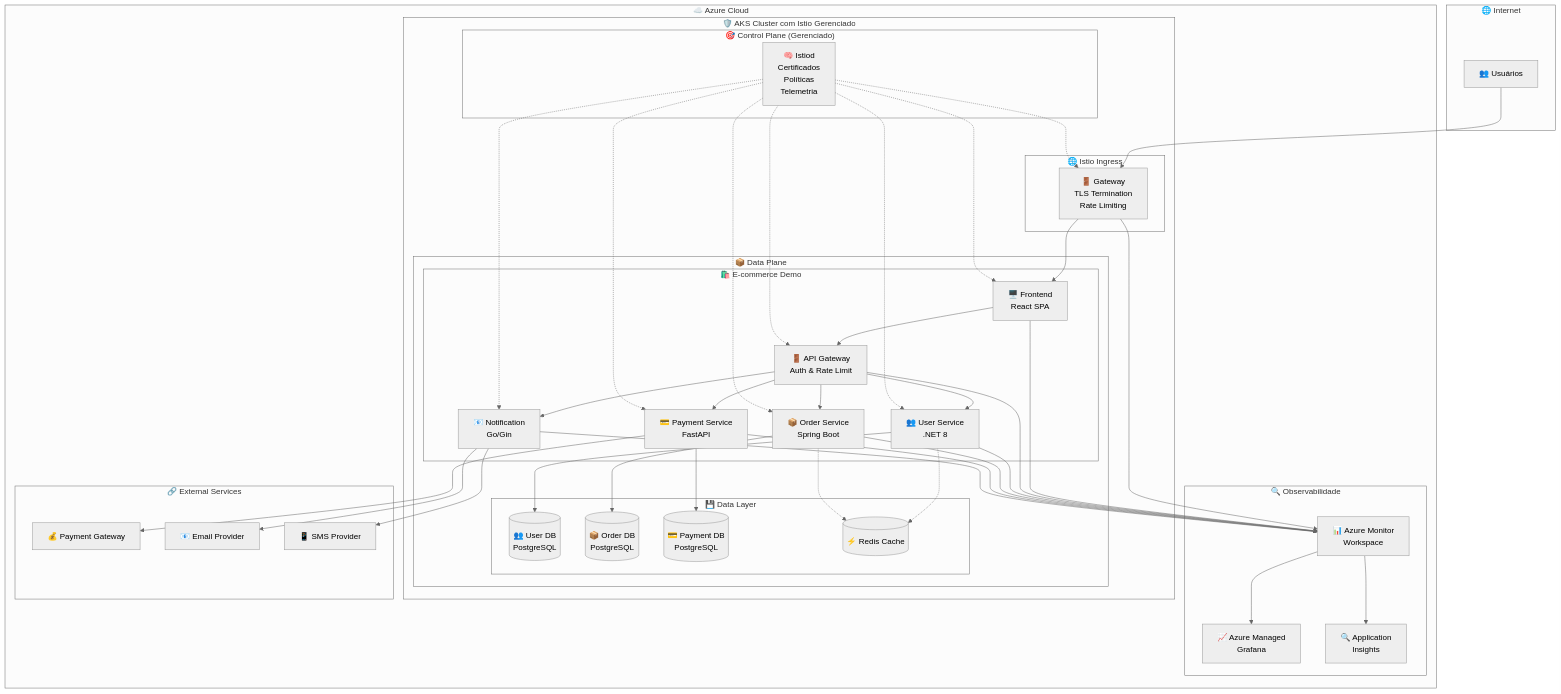
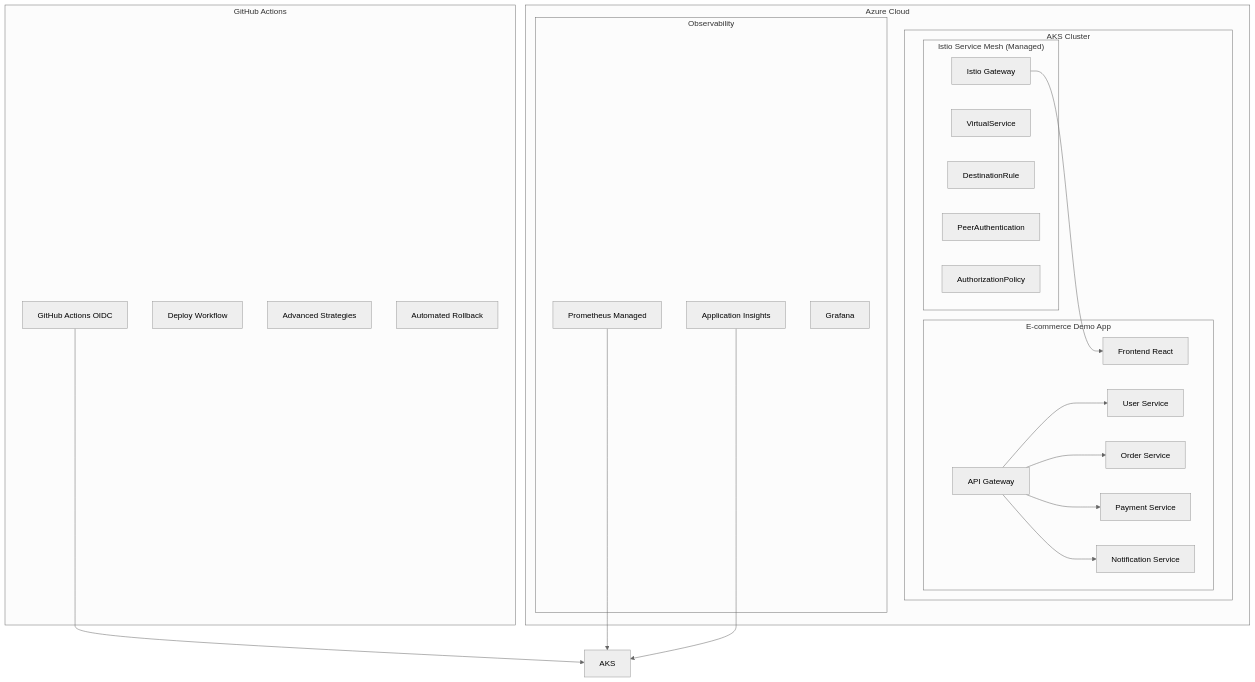
The diagram in README.md (ricardo2009/istio-aks-templates), drawn with Mermaid (neutral theme) before and after one commit. The commit also changed other lines of this file and 53 other files, not shown here.

First line of the commit message:
feat: Implementa laboratório Istio multi-cluster ultra-avançado com Azure Key Vault

````diff
--- a/README.md
+++ b/README.md
@@ -46,85 +25,45 @@
 ```mermaid
 graph TB
-    subgraph "🌐 Internet"
-        Users[👥 Usuários]
+    subgraph "GitHub Actions"
+        GHA[GitHub Actions OIDC]
+        WF1[Deploy Workflow]
+        WF2[Advanced Strategies]
+        WF3[Automated Rollback]
     end
     
-    subgraph "☁️ Azure Cloud"
-        subgraph "🔍 Observabilidade"
-            AMW[📊 Azure Monitor<br/>Workspace]
-            Grafana[📈 Azure Managed<br/>Grafana]
-            AppInsights[🔍 Application<br/>Insights]
-        end
-        
-        subgraph "🛡️ AKS Cluster com Istio Gerenciado"
-            subgraph "🌐 Istio Ingress"
-                Gateway[🚪 Gateway<br/>TLS Termination<br/>Rate Limiting]
+    subgraph "Azure Cloud"
+        subgraph "AKS Cluster"
+            subgraph "Istio Service Mesh (Managed)"
+                IG[Istio Gateway]
+                VS[VirtualService]
+                DR[DestinationRule]
+                PA[PeerAuthentication]
+                AP[AuthorizationPolicy]
             end
             
-            subgraph "🎯 Control Plane (Gerenciado)"
-                Istiod[🧠 Istiod<br/>Certificados<br/>Políticas<br/>Telemetria]
-            end
-            
-            subgraph "📦 Data Plane"
-                subgraph "🛍️ E-commerce Demo"
-                    Frontend[🖥️ Frontend<br/>React SPA]
-                    APIGateway[🚪 API Gateway<br/>Auth & Rate Limit]
-                    UserSvc[👥 User Service<br/>.NET 8]
-                    OrderSvc[📦 Order Service<br/>Spring Boot]
-                    PaymentSvc[💳 Payment Service<br/>FastAPI]
-                    NotificationSvc[📧 Notification<br/>Go/Gin]
-                end
-                
-                subgraph "💾 Data Layer"
-                    UserDB[(👥 User DB<br/>PostgreSQL)]
-                    OrderDB[(📦 Order DB<br/>PostgreSQL)]
-                    PaymentDB[(💳 Payment DB<br/>PostgreSQL)]
-                    Cache[(⚡ Redis Cache)]
-                end
+            subgraph "E-commerce Demo App"
+                FE[Frontend React]
+                AG[API Gateway]
+                US[User Service]
+                OS[Order Service]
+                PS[Payment Service]
+                NS[Notification Service]
             end
         end
         
-        subgraph "🔗 External Services"
-            PaymentGW[💰 Payment Gateway]
-            EmailSvc[📧 Email Provider]
-            SMSSvc[📱 SMS Provider]
+        subgraph "Observability"
+            PROM[Prometheus Managed]
+            AI[Application Insights]
+            GRAF[Grafana]
         end
     end
     
-    Users --> Gateway
-    Gateway --> Frontend
-    Frontend --> APIGateway
-    APIGateway --> UserSvc
-    APIGateway --> OrderSvc
-    APIGateway --> PaymentSvc
-    APIGateway --> NotificationSvc
-    
-    UserSvc --> UserDB
-    OrderSvc --> OrderDB
-    PaymentSvc --> PaymentDB
-    UserSvc -.-> Cache
-    OrderSvc -.-> Cache
-    
-    PaymentSvc --> PaymentGW
-    NotificationSvc --> EmailSvc
-    NotificationSvc --> SMSSvc
-    
-    Istiod -.-> Gateway
-    Istiod -.-> Frontend
-    Istiod -.-> APIGateway
-    Istiod -.-> UserSvc
-    Istiod -.-> OrderSvc
-    Istiod -.-> PaymentSvc
-    Istiod -.-> NotificationSvc
-    
-    Gateway --> AMW
-    Frontend --> AMW
-    APIGateway --> AMW
-    UserSvc --> AMW
-    OrderSvc --> AMW
-    PaymentSvc --> AMW
-    NotificationSvc --> AMW
-    
-    AMW --> Grafana
-    AMW --> AppInsights
+    GHA --> AKS
+    PROM --> AKS
+    AI --> AKS
+    IG --> FE
+    AG --> US
+    AG --> OS
+    AG --> PS
+    AG --> NS
 ```
````
